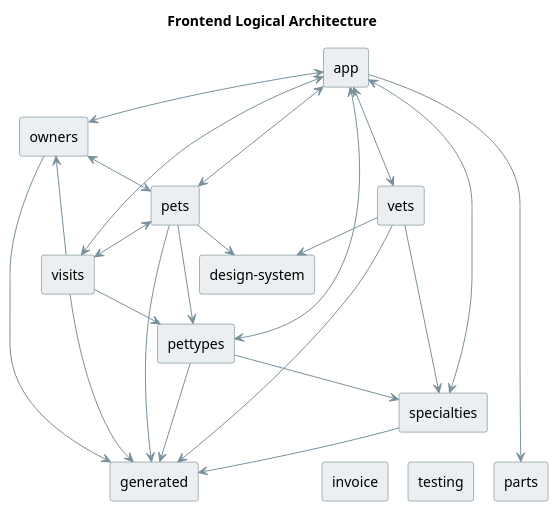
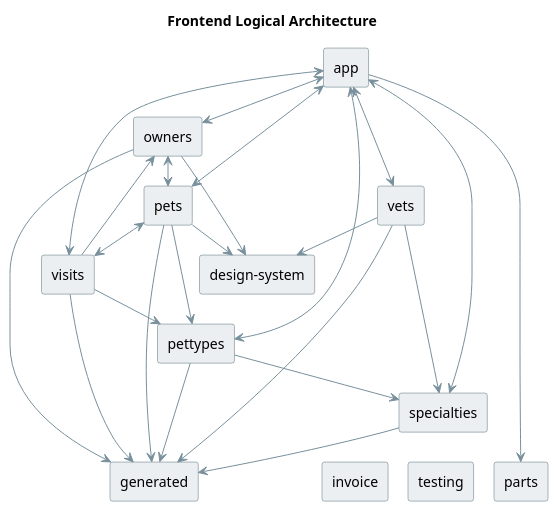
Before and after one commit to victorrentea/petclinic: the diagram in petclinic-frontend/docs/frontend-packages.puml, drawn with PlantUML. The commit also changed 64 other files, not shown here.

```diff
--- a/petclinic-frontend/docs/frontend-packages.puml
+++ b/petclinic-frontend/docs/frontend-packages.puml
@@ -1,75 +1,76 @@
 @startuml
 
 title Frontend Logical Architecture
 
 skinparam shadowing false
 ' the review page themes this colour for dark mode (--dgm-link)
 skinparam hyperlinkColor #1A4FA0
 skinparam componentStyle rectangle
 skinparam nodesep 20
 ' the stereotype is the box's folder, relative to petclinic-frontend/, which the test and the
 ' review page read; it is hidden so the folder is not printed under its name.
 ' A file belongs to the box with the deepest folder containing it.
 ' Only production .ts counts (*.spec.ts is skipped, like ArchUnit's DoNotIncludeTests).
 ' testing/ keeps its box: its stubs are non-spec files, imported by specs alone.
 ' Imports leaving src/app (../environments) are not boxes and are not checked.
 hide stereotype
 skinparam ranksep 30
 <style>
 component {
   BackGroundColor #ECEFF1
   LineColor #546E7A
 }
 arrow {
   LineColor #78909C
 }
 </style>
 
 [app] <<src/app>>
 [owners] <<src/app/owners>>
 [vets] <<src/app/vets>>
 [pets] <<src/app/pets>>
 [visits] <<src/app/visits>>
 [pettypes] <<src/app/pettypes>>
 [specialties] <<src/app/specialties>>
 [parts] <<src/app/parts>>
 [invoice] <<src/app/invoice>>
 [design-system] <<src/app/design-system>>
 [generated] <<src/app/generated>>
 [testing] <<src/app/testing>>
 
 ' <--> is two arrows, one each way: the test reads it as both dependencies.
 ' Every feature module is registered by app.module, and every feature service
 ' takes HttpErrorHandler from the root error.service.
 [app] <--> [owners]
 [app] <--> [pets]
 [app] <--> [visits]
 [app] <--> [vets]
 [app] <--> [pettypes]
 [app] <--> [specialties]
 [app] --> [parts]
 
 [owners] <--> [pets]
 [pets] <--> [visits]
 [visits] --> [owners]
 [pets] --> [pettypes]
 [visits] --> [pettypes]
 [pettypes] --> [specialties]
 [vets] --> [specialties]
 
+[owners] --> [design-system]
 [pets] --> [design-system]
 [vets] --> [design-system]
 
 [owners] --> [generated]
 [pets] --> [generated]
 [visits] --> [generated]
 [pettypes] --> [generated]
 [specialties] --> [generated]
 [vets] --> [generated]
 
 ' layout only, ignored by the test: shared and unused boxes on the bottom row
 [specialties] -[hidden]-> [parts]
 [specialties] -[hidden]-> [invoice]
 [specialties] -[hidden]-> [testing]
 
 @enduml
```
